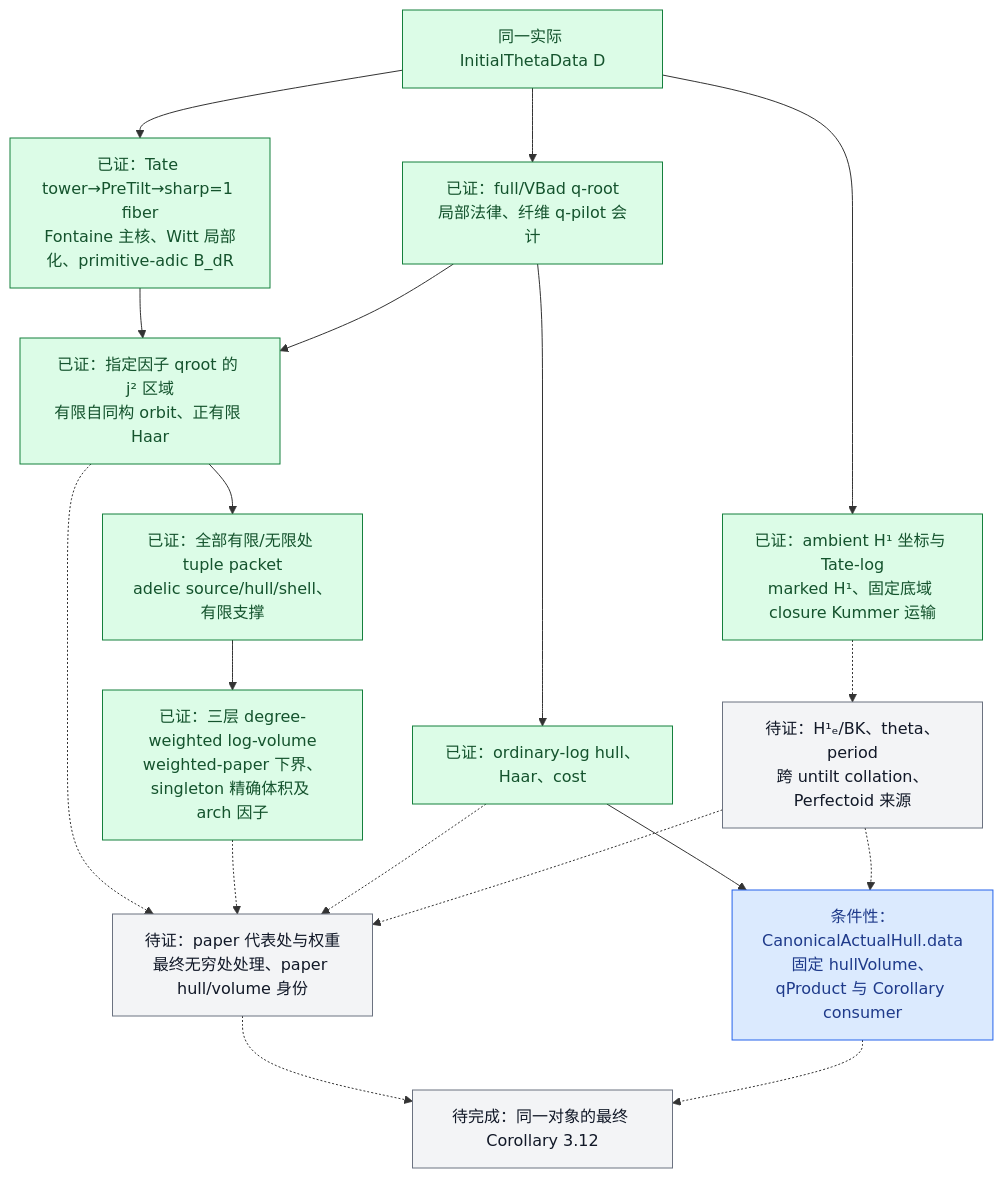
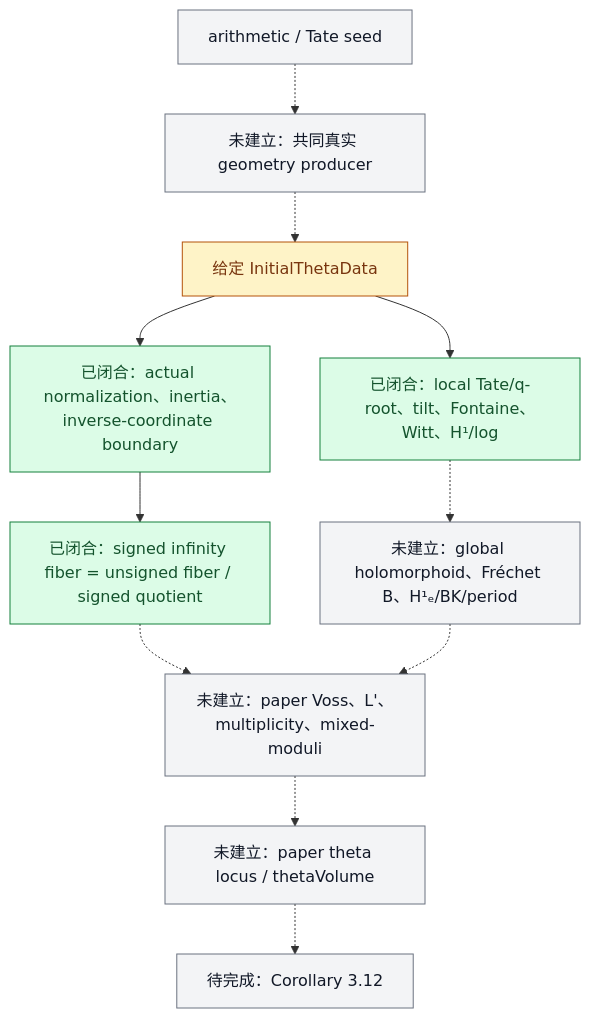
The diagram in docs/Scene1进度总览2.md (Ember-Institute/KirtiJoshi-abc), drawn with Mermaid before and after one commit. The commit also changed other lines of this file, not shown here.

````diff
--- a/docs/Scene1进度总览2.md
+++ b/docs/Scene1进度总览2.md
@@ -79,38 +58,29 @@
 ```mermaid
 flowchart TD
-    D["同一实际 InitialThetaData D"]
-    K["已证：ambient H¹ 坐标与 Tate-log<br/>marked H¹、固定底域 closure Kummer 运输"]
-    E["已证：Tate tower→PreTilt→sharp=1 fiber<br/>Fontaine 主核、Witt 局部化、primitive-adic B_dR"]
-    Q["已证：full/VBad q-root<br/>局部法律、纤维 q-pilot 会计"]
-    H["已证：ordinary-log hull、Haar、cost"]
-    A["条件性：CanonicalActualHull.data<br/>固定 hullVolume、qProduct 与 Corollary consumer"]
-    F["已证：指定因子 qroot 的 j² 区域<br/>有限自同构 orbit、正有限 Haar"]
-    P["已证：全部有限/无限处 tuple packet<br/>adelic source/hull/shell、有限支撑"]
-    L["已证：三层 degree-weighted log-volume<br/>weighted-paper 下界、singleton 精确体积及 arch 因子"]
-    B["待证：H¹ₑ/BK、theta、period<br/>跨 untilt collation、Perfectoid 来源"]
-    R["待证：paper 代表处与权重<br/>最终无穷处处理、paper hull/volume 身份"]
-    C["待完成：同一对象的最终 Corollary 3.12"]
-    D --> K
-    D --> E
-    E --> F
-    D --> Q
-    Q --> H
-    H --> A
-    Q --> F
-    F --> P
-    P --> L
-    K -.-> B
-    B -.-> A
-    F -.-> R
-    L -.-> R
-    H -.-> R
-    B -.-> R
-    R -.-> C
-    A -.-> C
-    classDef done fill:#dcfce7,stroke:#15803d,color:#14532d;
-    classDef conditional fill:#dbeafe,stroke:#2563eb,color:#1e3a8a;
-    classDef open fill:#f3f4f6,stroke:#6b7280,color:#111827;
-    class D,K,E,Q,H,F,P,L done;
-    class A conditional;
-    class B,R,C open;
+  S["arithmetic / Tate seed"]
+  P["未建立：共同真实 geometry producer"]
+  D["给定 InitialThetaData"]
+  L["已闭合：local Tate/q-root、tilt、Fontaine、Witt、H¹/log"]
+  N["已闭合：actual normalization、inertia、inverse-coordinate boundary"]
+  O["已闭合：signed infinity fiber = unsigned fiber / signed quotient"]
+  B["未建立：global holomorphoid、Fréchet B、H¹ₑ/BK/period"]
+  R["未建立：paper Voss、L'、multiplicity、mixed-moduli"]
+  V["未建立：paper theta locus / thetaVolume"]
+  C["待完成：Corollary 3.12"]
+  S -.-> P
+  P -.-> D
+  D --> L
+  D --> N
+  N --> O
+  L -.-> B
+  O -.-> R
+  B -.-> R
+  R -.-> V
+  V -.-> C
+  classDef done fill:#dcfce7,stroke:#15803d,color:#14532d;
+  classDef partial fill:#fef3c7,stroke:#b45309,color:#78350f;
+  classDef open fill:#f3f4f6,stroke:#6b7280,color:#111827;
+  class L,N,O done;
+  class D partial;
+  class S,P,B,R,V,C open;
 ```
````
